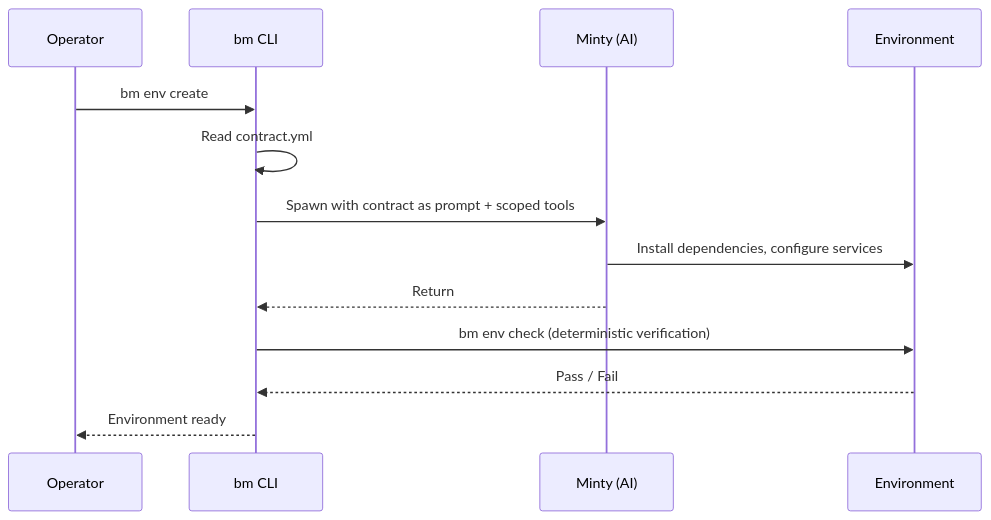
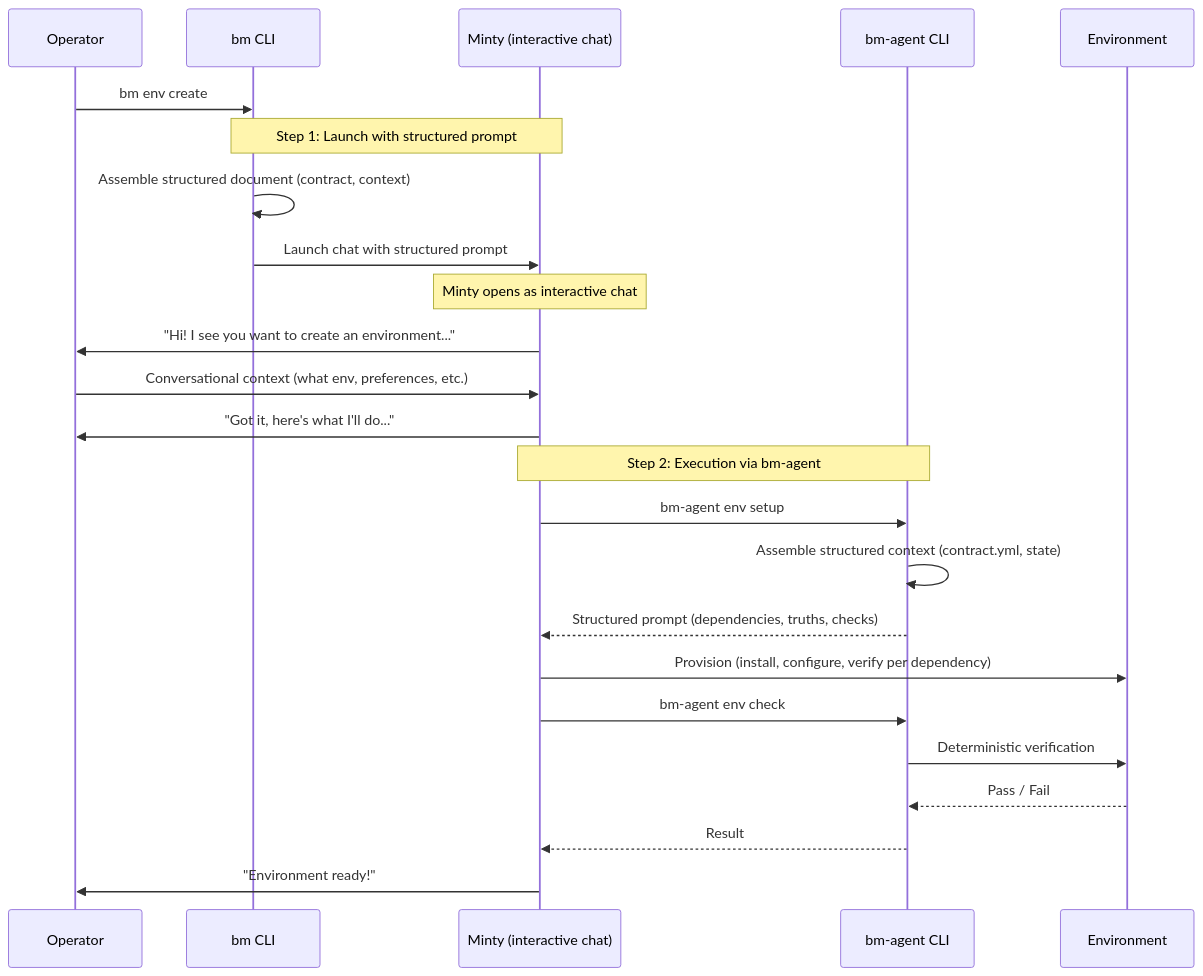
One commit to devguyio-bot-squad/devguyio-agentic-team changed the sixth of 6 diagrams in knowledge/research/gsd-interaction-protocol.md. Above: the diagram before and after it, drawn with Mermaid. The commit also changed other lines of this file, not shown here.

Commit message:
docs(research): fix BotMinter section — Minty is interactive, not headless
Rewrite the BotMinter implications section to reflect the actual architecture:
- Minty is a conversational chat assistant, not a headless agent
- Two structured-prompt handoffs: bm→Minty (launch) and bm-agent→Minty (execution)
- bm is operator-facing, bm-agent is agent-facing
- Structured documents are a generic pattern being generalized

````diff
--- a/knowledge/research/gsd-interaction-protocol.md
+++ b/knowledge/research/gsd-interaction-protocol.md
@@ -410,16 +410,29 @@
 ```mermaid
 sequenceDiagram
     participant Op as Operator
-    participant CLI as bm CLI
-    participant Minty as Minty (AI)
+    participant BM as bm CLI
+    participant Minty as Minty (interactive chat)
+    participant Agent as bm-agent CLI
     participant Env as Environment
 
-    Op->>CLI: bm env create
-    CLI->>CLI: Read contract.yml
-    CLI->>Minty: Spawn with contract as prompt + scoped tools
-    Minty->>Env: Install dependencies, configure services
-    Minty-->>CLI: Return
-    CLI->>Env: bm env check (deterministic verification)
-    Env-->>CLI: Pass / Fail
-    CLI-->>Op: Environment ready
+    Op->>BM: bm env create
+    Note over BM,Minty: Step 1: Launch with structured prompt
+    BM->>BM: Assemble structured document (contract, context)
+    BM->>Minty: Launch chat with structured prompt
+    Note over Minty: Minty opens as interactive chat
+
+    Minty->>Op: "Hi! I see you want to create an environment..."
+    Op->>Minty: Conversational context (what env, preferences, etc.)
+    Minty->>Op: "Got it, here's what I'll do..."
+
+    Note over Minty,Agent: Step 2: Execution via bm-agent
+    Minty->>Agent: bm-agent env setup
+    Agent->>Agent: Assemble structured context (contract.yml, state)
+    Agent-->>Minty: Structured prompt (dependencies, truths, checks)
+    Minty->>Env: Provision (install, configure, verify per dependency)
+    Minty->>Agent: bm-agent env check
+    Agent->>Env: Deterministic verification
+    Env-->>Agent: Pass / Fail
+    Agent-->>Minty: Result
+    Minty->>Op: "Environment ready!"
 ```
````
